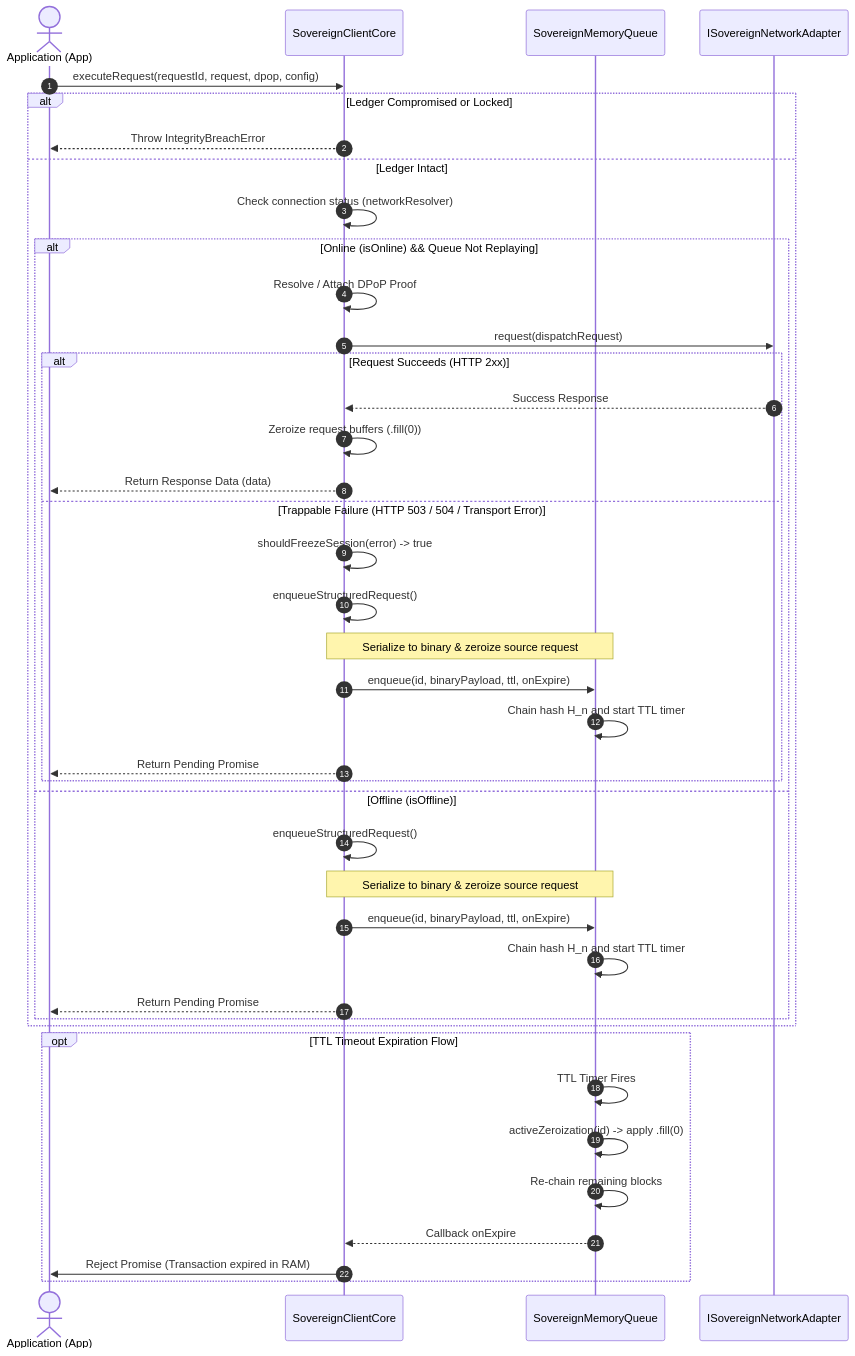
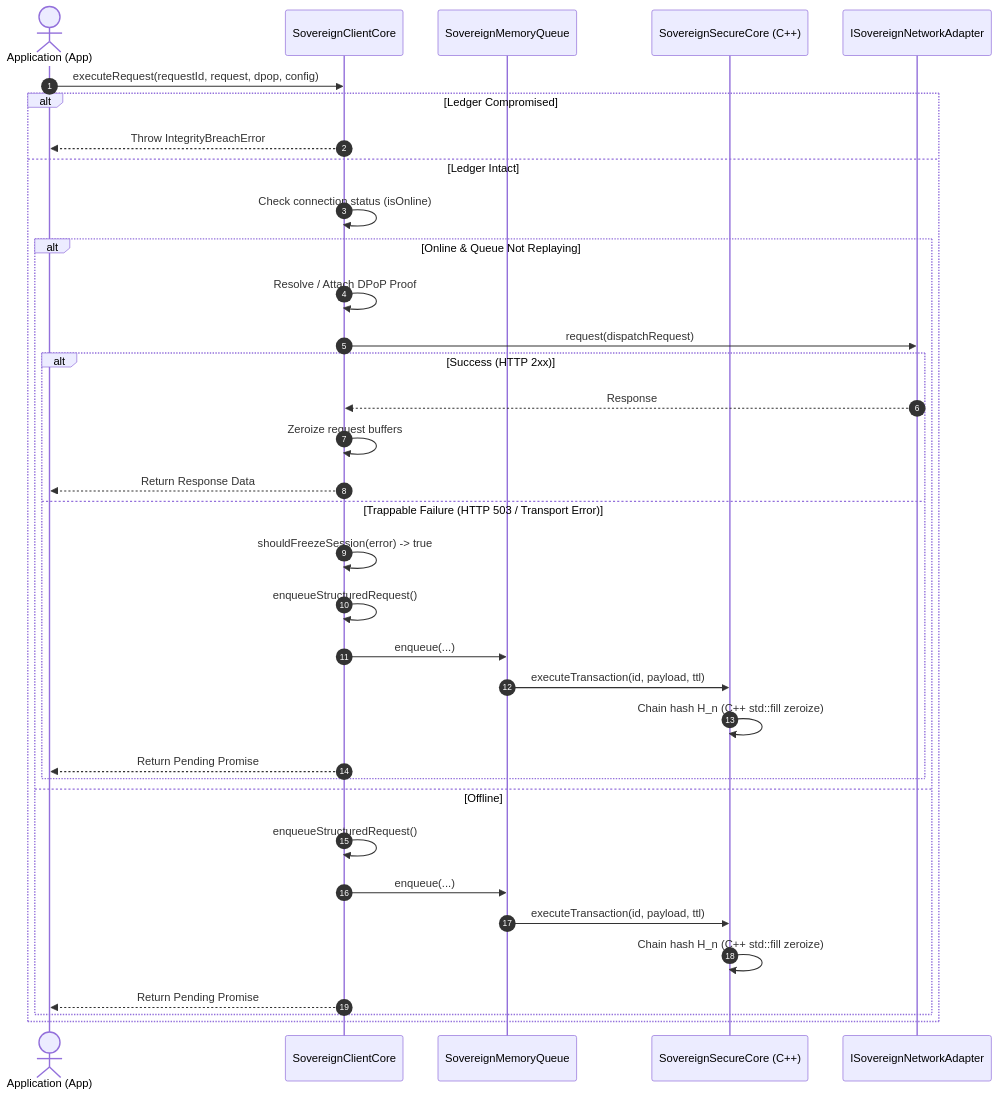
Before and after one commit to ChristianPastenC/vesper-platform: the diagram in packages/secure-client/README.md, drawn with Mermaid. The commit also changed other lines of this file and 4 other files, not shown here.

First line of the commit message:
feat(documentation): document C++ native core

````diff
--- a/packages/secure-client/README.md
+++ b/packages/secure-client/README.md
@@ -81,45 +94,38 @@
 ```mermaid
 sequenceDiagram
     autonumber
     actor App as Application (App)
     participant Core as SovereignClientCore
     participant Queue as SovereignMemoryQueue
+    participant Native as SovereignSecureCore (C++)
     participant Net as ISovereignNetworkAdapter
     
     App->>Core: executeRequest(requestId, request, dpop, config)
-    alt Ledger Compromised or Locked
+    alt Ledger Compromised
         Core-->>App: Throw IntegrityBreachError
     else Ledger Intact
-        Core->>Core: Check connection status (networkResolver)
-        alt Online (isOnline) && Queue Not Replaying
+        Core->>Core: Check connection status (isOnline)
+        alt Online & Queue Not Replaying
             Core->>Core: Resolve / Attach DPoP Proof
             Core->>Net: request(dispatchRequest)
-            alt Request Succeeds (HTTP 2xx)
-                Net-->>Core: Success Response
-                Core->>Core: Zeroize request buffers (.fill(0))
-                Core-->>App: Return Response Data (data)
-            else Trappable Failure (HTTP 503 / 504 / Transport Error)
+            alt Success (HTTP 2xx)
+                Net-->>Core: Response
+                Core->>Core: Zeroize request buffers
+                Core-->>App: Return Response Data
+            else Trappable Failure (HTTP 503 / Transport Error)
                 Core->>Core: shouldFreezeSession(error) -> true
                 Core->>Core: enqueueStructuredRequest()
-                Note over Core, Queue: Serialize to binary & zeroize source request
-                Core->>Queue: enqueue(id, binaryPayload, ttl, onExpire)
-                Queue->>Queue: Chain hash H_n and start TTL timer
+                Core->>Queue: enqueue(...)
+                Queue->>Native: executeTransaction(id, payload, ttl)
+                Native->>Native: Chain hash H_n (C++ std::fill zeroize)
                 Core-->>App: Return Pending Promise
             end
-        else Offline (isOffline)
+        else Offline
             Core->>Core: enqueueStructuredRequest()
-            Note over Core, Queue: Serialize to binary & zeroize source request
-            Core->>Queue: enqueue(id, binaryPayload, ttl, onExpire)
-            Queue->>Queue: Chain hash H_n and start TTL timer
+            Core->>Queue: enqueue(...)
+            Queue->>Native: executeTransaction(id, payload, ttl)
+            Native->>Native: Chain hash H_n (C++ std::fill zeroize)
             Core-->>App: Return Pending Promise
         end
     end
-
-    opt TTL Timeout Expiration Flow
-        Queue->>Queue: TTL Timer Fires
-        Queue->>Queue: activeZeroization(id) -> apply .fill(0)
-        Queue->>Queue: Re-chain remaining blocks
-        Queue-->>Core: Callback onExpire
-        Core->>App: Reject Promise (Transaction expired in RAM)
-    end
 ```
````
